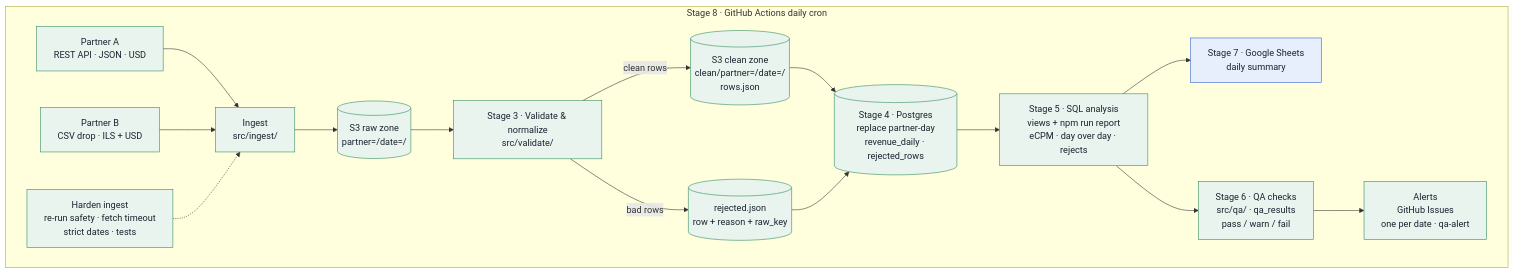
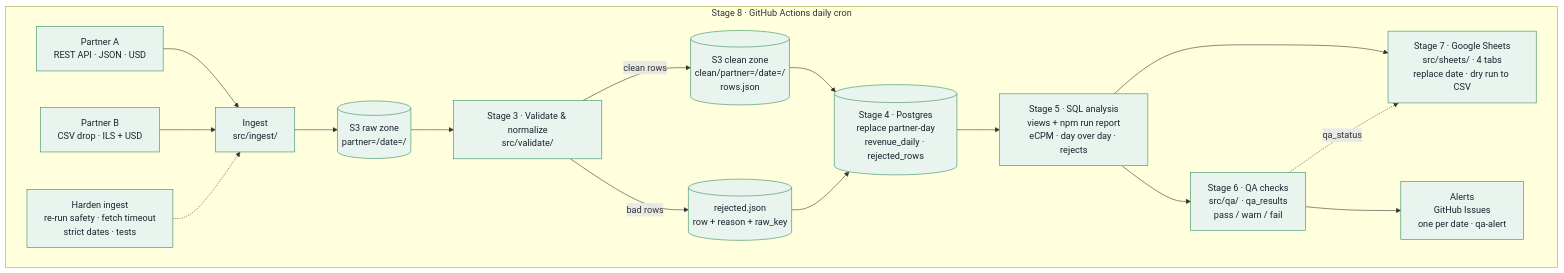
One commit to RonEstrin12/adtech-revenue-pipeline changed the diagram in docs/ARCHITECTURE.md. Above: the diagram before and after it, drawn with Mermaid. The commit also changed other lines of this file and 23 other files, not shown here.

First line of the commit message:
Add stage 7: Google Sheets report (dry run until connected)

````diff
--- a/docs/ARCHITECTURE.md
+++ b/docs/ARCHITECTURE.md
@@ -6,35 +6,36 @@
 ```mermaid
 flowchart LR
     subgraph sched["Stage 8 · GitHub Actions daily cron"]
         direction LR
         A["Partner A<br/>REST API · JSON · USD"]:::done
         B["Partner B<br/>CSV drop · ILS + USD"]:::done
         ING["Ingest<br/>src/ingest/"]:::done
         FIX["Harden ingest<br/>re-run safety · fetch timeout<br/>strict dates · tests"]:::done
         RAW[("S3 raw zone<br/>partner=/date=/")]:::done
         VAL["Stage 3 · Validate & normalize<br/>src/validate/"]:::done
         CLEAN[("S3 clean zone<br/>clean/partner=/date=/<br/>rows.json")]:::done
         REJ[("rejected.json<br/>row + reason + raw_key")]:::done
         PG[("Stage 4 · Postgres<br/>replace partner-day<br/>revenue_daily · rejected_rows")]:::done
         SQL["Stage 5 · SQL analysis<br/>views + npm run report<br/>eCPM · day over day · rejects"]:::done
         QA["Stage 6 · QA checks<br/>src/qa/ · qa_results<br/>pass / warn / fail"]:::done
         AL["Alerts<br/>GitHub Issues<br/>one per date · qa-alert"]:::done
-        GS["Stage 7 · Google Sheets<br/>daily summary"]:::next
+        GS["Stage 7 · Google Sheets<br/>src/sheets/ · 4 tabs<br/>replace date · dry run to CSV"]:::done
 
         A --> ING
         B --> ING
         FIX -.-> ING
         ING --> RAW --> VAL
         VAL -- clean rows --> CLEAN --> PG
         VAL -- bad rows --> REJ
         PG --> SQL --> GS
         SQL --> QA
+        QA -. qa_status .-> GS
         REJ --> PG
         QA --> AL
     end
 
     classDef done fill:#e8f4ed,stroke:#2f8a5b,color:#1b2230
     classDef fix fill:#fdf1df,stroke:#b26a00,color:#1b2230
     classDef next fill:#e8effc,stroke:#2c5fd4,color:#1b2230
     classDef later fill:#eef0f3,stroke:#6b7385,stroke-dasharray:5 4,color:#1b2230
 ```
````
